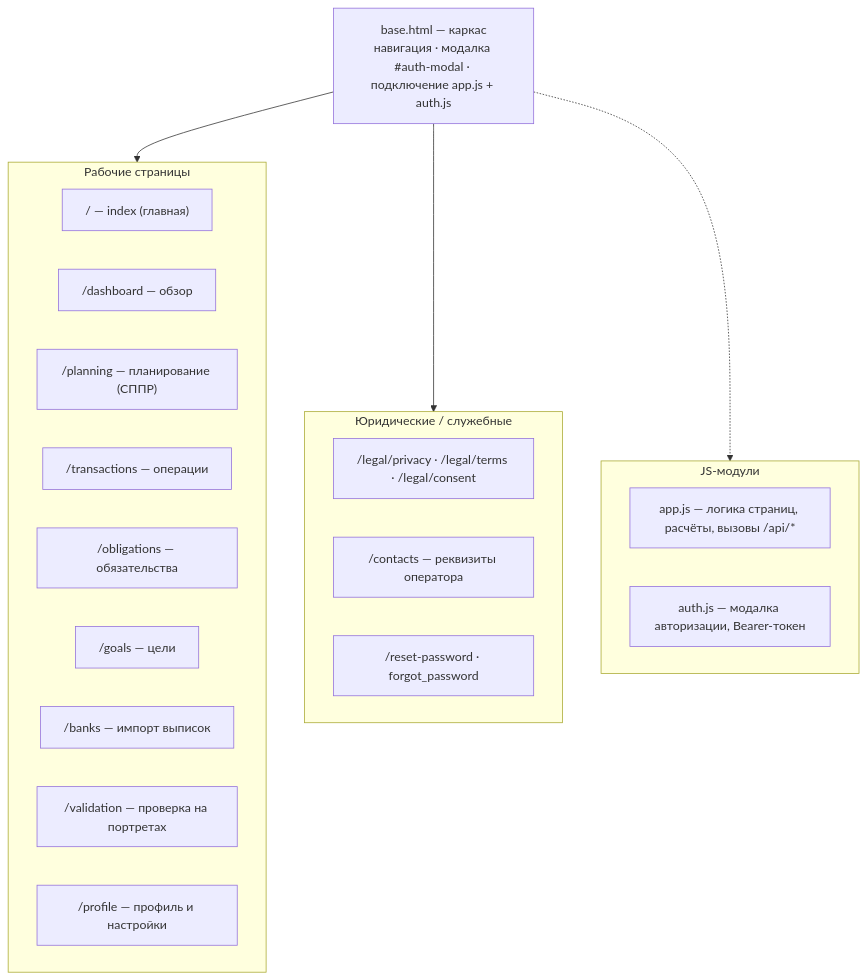
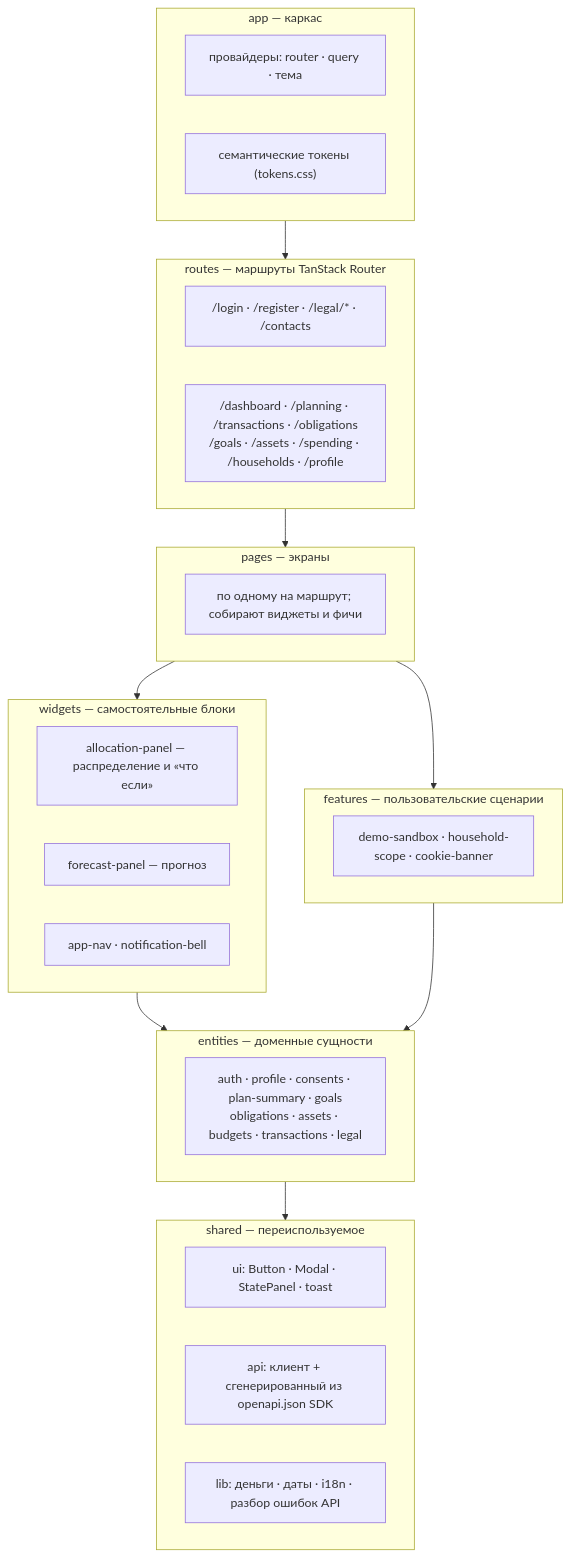
One commit to vevdokimovm/personal-finance-dss changed the ninth of 10 diagrams in docs/diagrams.md. Above: the diagram before and after it, drawn with Mermaid. The commit also changed other lines of this file and 534 other files, not shown here.

````diff
--- a/docs/diagrams.md
+++ b/docs/diagrams.md
@@ -508,31 +560,43 @@
 ```mermaid
 flowchart TD
-    Base["base.html — каркас<br/>навигация · модалка #auth-modal · подключение app.js + auth.js"]
-
-    subgraph Core["Рабочие страницы"]
-        Index["/ — index (главная)"]
-        Dash["/dashboard — обзор"]
-        Plan["/planning — планирование (СППР)"]
-        Tx["/transactions — операции"]
-        Obl["/obligations — обязательства"]
-        Goals["/goals — цели"]
-        Banks["/banks — импорт выписок"]
-        Val["/validation — проверка на портретах"]
-        Profile["/profile — профиль и настройки"]
+    subgraph App["app — каркас"]
+        Providers["провайдеры: router · query · тема"]
+        Tokens["семантические токены (tokens.css)"]
     end
 
-    subgraph Legal["Юридические / служебные"]
-        Privacy["/legal/privacy · /legal/terms · /legal/consent"]
-        Contacts["/contacts — реквизиты оператора"]
-        Reset["/reset-password · forgot_password"]
+    subgraph Routes["routes — маршруты TanStack Router"]
+        Public["/login · /register · /legal/* · /contacts"]
+        Private["/dashboard · /planning · /transactions · /obligations<br/>/goals · /assets · /spending · /households · /profile"]
     end
 
-    subgraph JS["JS-модули"]
-        AppJs["app.js — логика страниц, расчёты, вызовы /api/*"]
-        AuthJs["auth.js — модалка авторизации, Bearer-токен"]
+    subgraph Pages["pages — экраны"]
+        Screens["по одному на маршрут; собирают виджеты и фичи"]
     end
 
-    Base --> Core
-    Base --> Legal
-    Base -.-> JS
+    subgraph Widgets["widgets — самостоятельные блоки"]
+        Alloc["allocation-panel — распределение и «что если»"]
+        Forecast["forecast-panel — прогноз"]
+        Nav["app-nav · notification-bell"]
+    end
+
+    subgraph Features["features — пользовательские сценарии"]
+        Feat["demo-sandbox · household-scope · cookie-banner"]
+    end
+
+    subgraph Entities["entities — доменные сущности"]
+        Ent["auth · profile · consents · plan-summary · goals<br/>obligations · assets · budgets · transactions · legal"]
+    end
+
+    subgraph Shared["shared — переиспользуемое"]
+        UIKit["ui: Button · Modal · StatePanel · toast"]
+        Api["api: клиент + сгенерированный из openapi.json SDK"]
+        Lib["lib: деньги · даты · i18n · разбор ошибок API"]
+    end
+
+    App --> Routes --> Pages
+    Pages --> Widgets
+    Pages --> Features
+    Widgets --> Entities
+    Features --> Entities
+    Entities --> Shared
 ```
````
